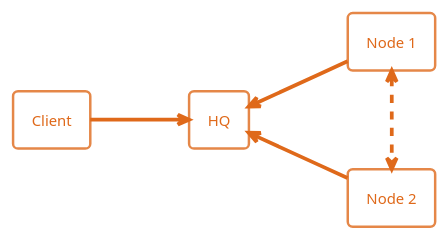
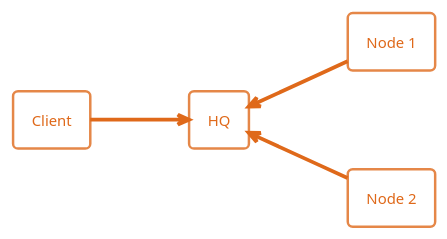
Before and after one commit to vantage6/vantage6: the first of 2 diagrams in docs/introduction/introduction.rst, drawn with PlantUML. The commit also changed other lines of this file and 10 other files, not shown here.

```diff
--- a/docs/introduction/introduction.rst
+++ b/docs/introduction/introduction.rst
@@ -33,19 +33,17 @@
 .. uml::
 
     !theme superhero-outline
 
     left to right direction
     skinparam nodesep 80
     skinparam ranksep 80
 
     rectangle client as "Client"
     rectangle hq as "HQ"
     client --> hq
 
     rectangle node1 as "Node 1"
     rectangle node2 as "Node 2"
 
     hq <-- node1
     hq <-- node2
-
-    node1 <-r[dashed]-> node2
```
